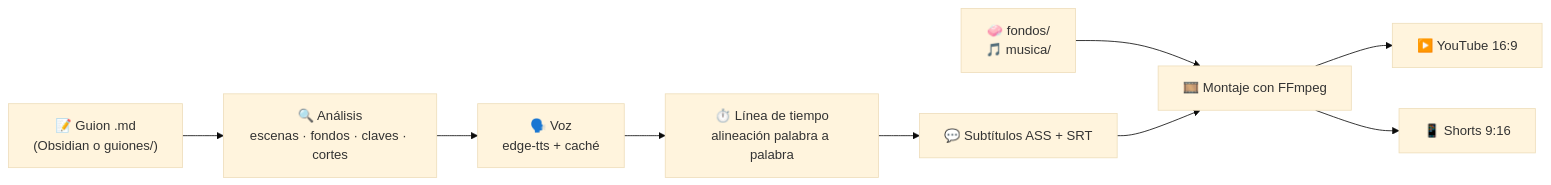
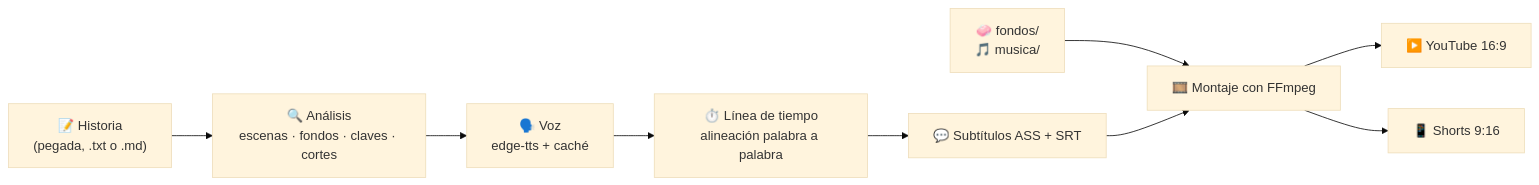
Before and after one commit to manuurgzz/reddit-video: the diagram in README.md, drawn with Mermaid (base theme). The commit also changed other lines of this file and 5 other files, not shown here.

Commit message:
Cortes automáticos de los shorts y texto normal sin Obsidian: pegar historia, .txt, cliffhangers, final solo en YouTube; avisa de las escenas que solo van en YouTube

````diff
--- a/README.md
+++ b/README.md
@@ -40,11 +43,11 @@
 ```mermaid
 flowchart LR
-    A["📝 Guion .md<br/>(Obsidian o guiones/)"] --> B["🔍 Análisis<br/>escenas · fondos · claves · cortes"]
+    A["📝 Historia<br/>(pegada, .txt o .md)"] --> B["🔍 Análisis<br/>escenas · fondos · claves · cortes"]
     B --> C["🗣️ Voz<br/>edge-tts + caché"]
     C --> D["⏱️ Línea de tiempo<br/>alineación palabra a palabra"]
     D --> E["💬 Subtítulos ASS + SRT"]
     F["🧼 fondos/<br/>🎵 musica/"] --> G
     E --> G["🎞️ Montaje con FFmpeg"]
     G --> H["▶️ YouTube 16:9"]
     G --> I["📱 Shorts 9:16"]
 ```
````
